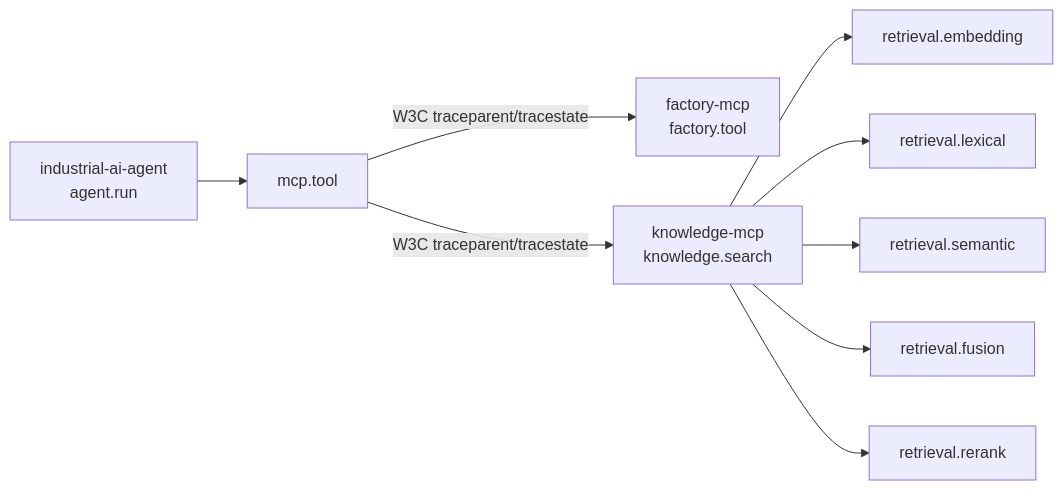
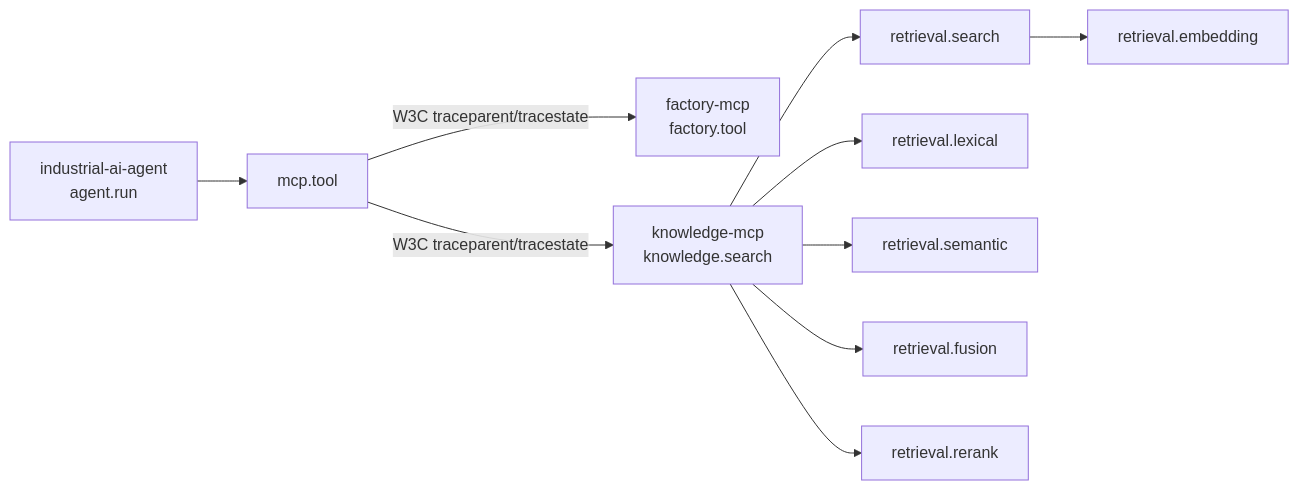
One commit to aboerzel/industrial-ai-agent changed the second of 3 diagrams in docs/architecture/observability.md. Above: the diagram before and after it, drawn with Mermaid. The commit also changed other lines of this file and 8 other files, not shown here.

````diff
--- a/docs/architecture/observability.md
+++ b/docs/architecture/observability.md
@@ -75,11 +76,12 @@
 ```mermaid
 flowchart LR
     API["industrial-ai-agent\nagent.run"] --> Client["mcp.tool"]
     Client -->|"W3C traceparent/tracestate"| Factory["factory-mcp\nfactory.tool"]
     Client -->|"W3C traceparent/tracestate"| Knowledge["knowledge-mcp\nknowledge.search"]
-    Knowledge --> Embedding["retrieval.embedding"]
+    Knowledge --> Search["retrieval.search"]
+    Search --> Embedding["retrieval.embedding"]
     Knowledge --> Lexical["retrieval.lexical"]
     Knowledge --> Semantic["retrieval.semantic"]
     Knowledge --> Fusion["retrieval.fusion"]
     Knowledge --> Rerank["retrieval.rerank"]
 ```
````
